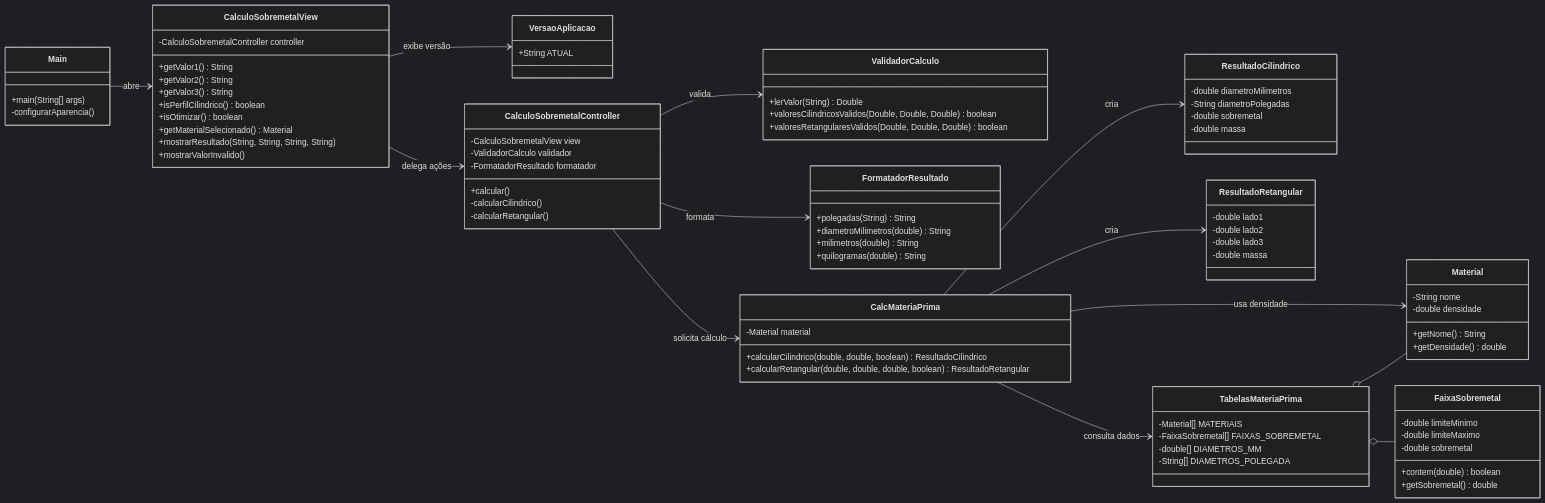
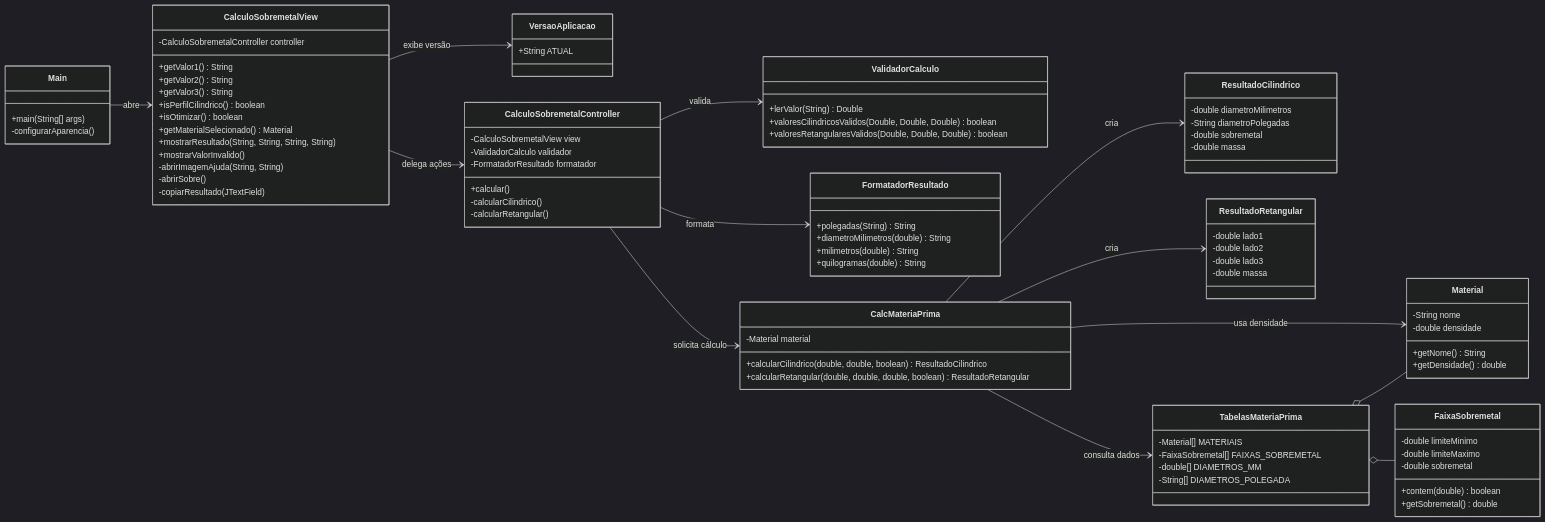
The first of 3 diagrams in docs/arquitetura.md (rafaelcpinto/MateriaPrima), drawn with Mermaid (dark theme) before and after one commit. The commit also changed other lines of this file and 11 other files, not shown here.

```diff
--- a/docs/arquitetura.md
+++ b/docs/arquitetura.md
@@ -27,6 +27,9 @@
         +getMaterialSelecionado() Material
         +mostrarResultado(String, String, String, String)
         +mostrarValorInvalido()
+        -abrirImagemAjuda(String, String)
+        -abrirSobre()
+        -copiarResultado(JTextField)
     }
 
     class CalculoSobremetalController {
```
